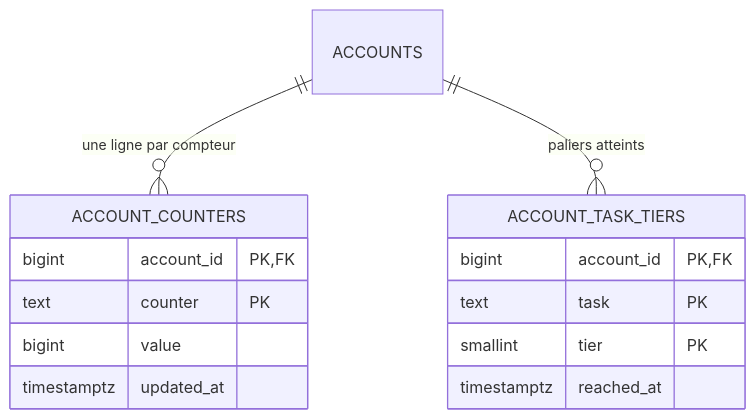
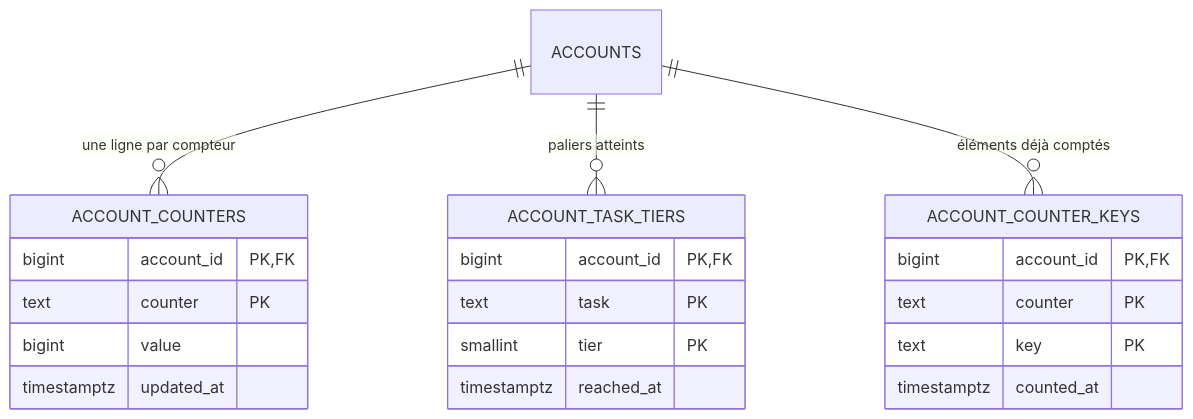
The seventh of 8 diagrams in docs/DATA_MODEL.md (Elfspectrals/CampusCove), drawn with Mermaid before and after one commit. The commit also changed 11 other files, not shown here.

````diff
--- a/docs/DATA_MODEL.md
+++ b/docs/DATA_MODEL.md
@@ -317,18 +317,25 @@
 ```mermaid
 erDiagram
     ACCOUNTS ||--o{ ACCOUNT_COUNTERS : "une ligne par compteur"
     ACCOUNTS ||--o{ ACCOUNT_TASK_TIERS : "paliers atteints"
+    ACCOUNTS ||--o{ ACCOUNT_COUNTER_KEYS : "éléments déjà comptés"
 
     ACCOUNT_COUNTERS {
         bigint account_id PK, FK
         text counter PK
         bigint value
         timestamptz updated_at
+    }
+    ACCOUNT_COUNTER_KEYS {
+        bigint account_id PK, FK
+        text counter PK
+        text key PK
+        timestamptz counted_at
     }
     ACCOUNT_TASK_TIERS {
         bigint account_id PK, FK
         text task PK
         smallint tier PK
         timestamptz reached_at
     }
 ```
````
